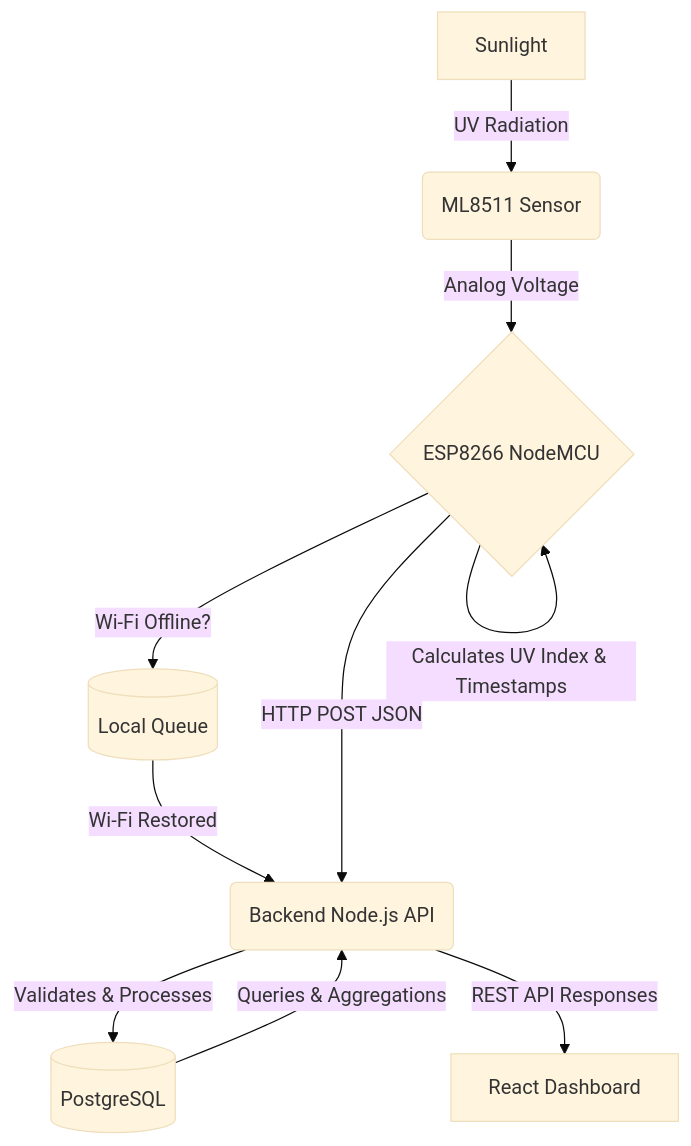
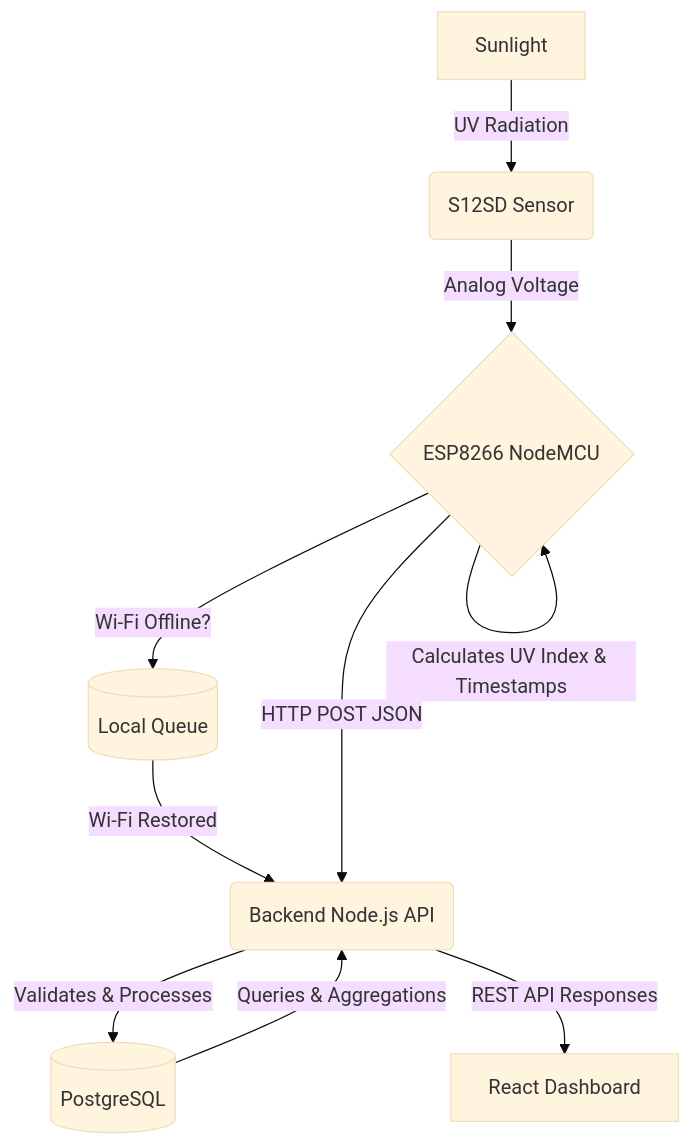
The diagram in docs/backend/01_System_Architecture.md (sawanttarun13-cpu/SunSense), drawn with Mermaid (base theme) before and after one commit. The commit also changed other lines of this file and 33 other files, not shown here.

````diff
--- a/docs/backend/01_System_Architecture.md
+++ b/docs/backend/01_System_Architecture.md
@@ -7,12 +7,12 @@
 ```mermaid
 graph TD
-    A[Sunlight] -->|UV Radiation| B(ML8511 Sensor)
+    A[Sunlight] -->|UV Radiation| B(S12SD Sensor)
     B -->|Analog Voltage| C{ESP8266 NodeMCU}
     C -->|Calculates UV Index & Timestamps| C
     C -->|Wi-Fi Offline?| D[(Local Queue)]
     D -->|Wi-Fi Restored| E(Backend Node.js API)
     C -->|HTTP POST JSON| E
     E -->|Validates & Processes| F[(PostgreSQL)]
     F -->|Queries & Aggregations| E
     E -->|REST API Responses| G[React Dashboard]
 ```
````
